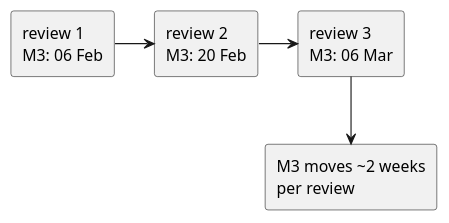
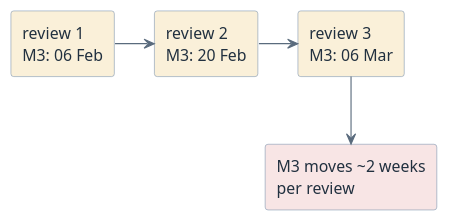
Before and after one commit to htl-leonding-college/curriculum-syp3: the second of 2 diagrams in modules/governance-milestones/questions.adoc, drawn with PlantUML. The commit also changed other lines of this file and 65 other files, not shown here.

First line of the commit message:
feat(site): give the diagrams a semantic pastel palette

```diff
--- a/modules/governance-milestones/questions.adoc
+++ b/modules/governance-milestones/questions.adoc
@@ -142,14 +145,17 @@
 [plantuml,q-milestone-trend,svg]
 ----
 @startuml
-skinparam monochrome true
+<style>
+element { BackgroundColor #EDF3FA; LineColor #7C93AD; FontColor #21303F }
+arrow { LineColor #5A6B7D; FontColor #21303F }
+</style>
 skinparam shadowing false
-rectangle "review 1\nM3: 06 Feb" as R1
-rectangle "review 2\nM3: 20 Feb" as R2
-rectangle "review 3\nM3: 06 Mar" as R3
-rectangle "M3 moves ~2 weeks\nper review" as X
+rectangle "review 1\nM3: 06 Feb" as R1 #FAF0D9
+rectangle "review 2\nM3: 20 Feb" as R2 #FAF0D9
+rectangle "review 3\nM3: 06 Mar" as R3 #FAF0D9
+rectangle "M3 moves ~2 weeks\nper review" as X #F8E5E5
 R1 -right-> R2
 R2 -right-> R3
 R3 -down-> X
 @enduml
 ----
```
